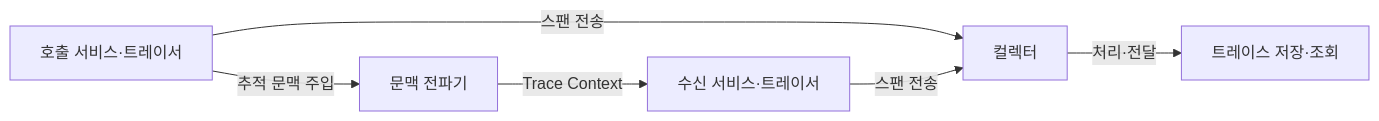
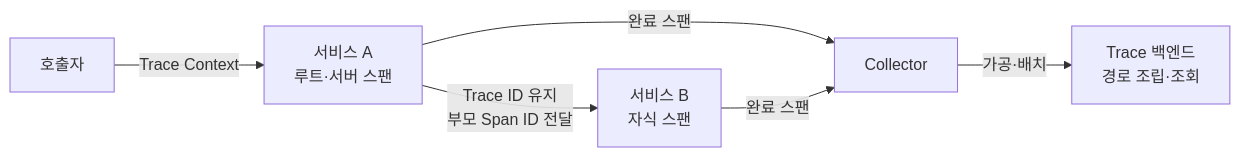
The first of 2 diagrams in src/content/docs/notes/03-software/163_distributed_tracing.md (agnusdei1207/knowledge-base), drawn with Mermaid before and after one commit. The commit also changed other lines of this file and 20 other files, not shown here.

````diff
--- a/src/content/docs/notes/03-software/163_distributed_tracing.md
+++ b/src/content/docs/notes/03-software/163_distributed_tracing.md
@@ -55,8 +59,8 @@
 ```mermaid
 flowchart LR
-    A["호출 서비스·트레이서"] -->|"추적 문맥 주입"| P["문맥 전파기"]
-    P -->|"Trace Context"| B["수신 서비스·트레이서"]
-    A -->|"스팬 전송"| C["컬렉터"]
-    B -->|"스팬 전송"| C
-    C -->|"처리·전달"| D["트레이스 저장·조회"]
+    C["호출자"] -->|"Trace Context"| A["서비스 A<br/>루트·서버 스팬"]
+    A -->|"Trace ID 유지<br/>부모 Span ID 전달"| B["서비스 B<br/>자식 스팬"]
+    A -->|"완료 스팬"| K["Collector"]
+    B -->|"완료 스팬"| K
+    K -->|"가공·배치"| T["Trace 백엔드<br/>경로 조립·조회"]
 ```
````
